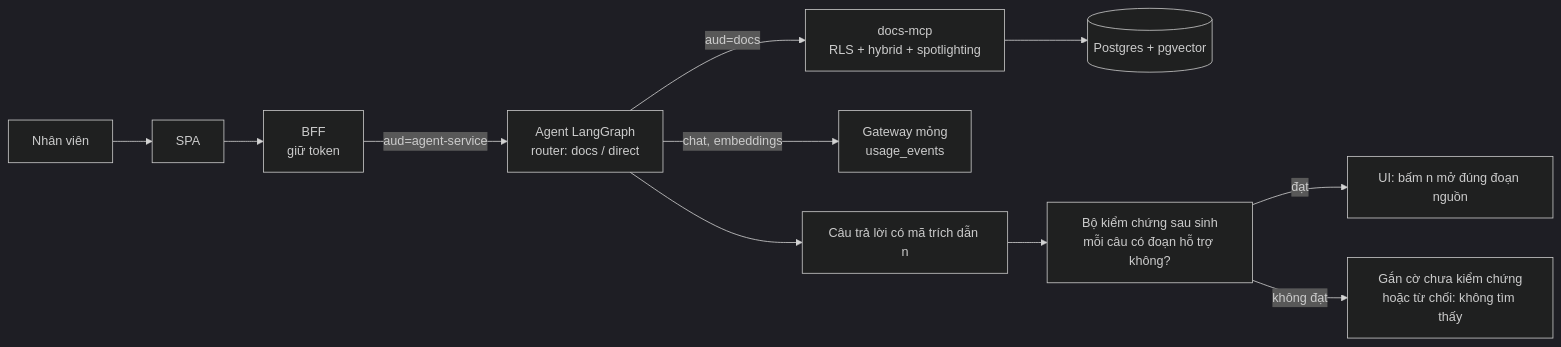
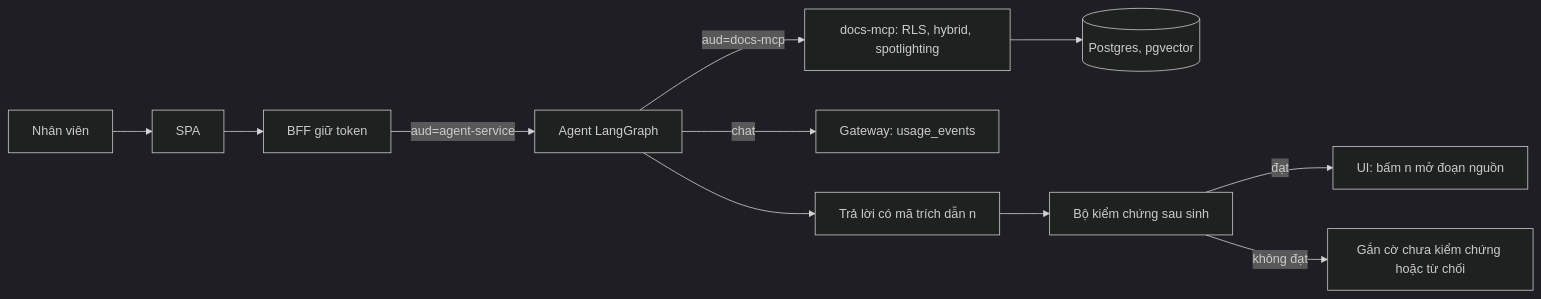
The diagram in docs/SOLUTION.md (giangkh1908/Countersign), drawn with Mermaid (dark theme) before and after one commit. The commit also changed other lines of this file and 28 other files, not shown here.

````diff
--- a/docs/SOLUTION.md
+++ b/docs/SOLUTION.md
@@ -64,12 +53,12 @@
 ```mermaid
 flowchart LR
-  U[Nhân viên] --> SPA[SPA] --> BFF[BFF<br/>giữ token]
-  BFF -->|aud=agent-service| AG[Agent LangGraph<br/>router: docs / direct]
-  AG -->|aud=docs| MCP[docs-mcp<br/>RLS + hybrid + spotlighting]
-  MCP --> PG[(Postgres + pgvector)]
-  AG -->|chat, embeddings| GW[Gateway mỏng<br/>usage_events]
-  AG --> ANS[Câu trả lời có mã trích dẫn n]
-  ANS --> VER[Bộ kiểm chứng sau sinh<br/>mỗi câu có đoạn hỗ trợ không?]
-  VER -->|đạt| UI[UI: bấm n mở đúng đoạn nguồn]
-  VER -->|không đạt| FLAG[Gắn cờ chưa kiểm chứng<br/>hoặc từ chối: không tìm thấy]
+  U[Nhân viên] --> SPA[SPA] --> BFF[BFF giữ token]
+  BFF -->|aud=agent-service| AG[Agent LangGraph]
+  AG -->|aud=docs-mcp| MCP[docs-mcp: RLS, hybrid, spotlighting]
+  MCP --> PG[(Postgres, pgvector)]
+  AG -->|chat| GW[Gateway: usage_events]
+  AG --> ANS[Trả lời có mã trích dẫn n]
+  ANS --> VER[Bộ kiểm chứng sau sinh]
+  VER -->|đạt| UI[UI: bấm n mở đoạn nguồn]
+  VER -->|không đạt| FLAG[Gắn cờ chưa kiểm chứng hoặc từ chối]
 ```
````
